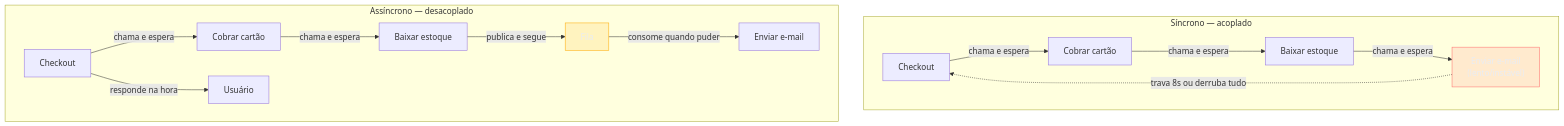
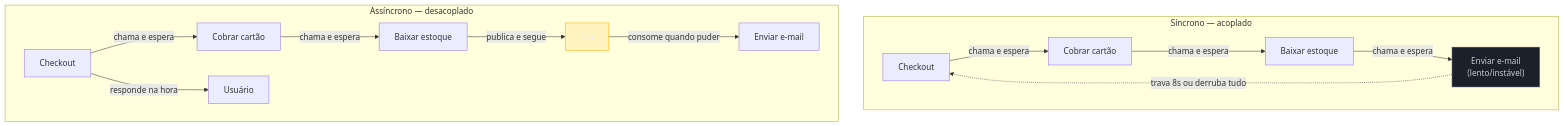
Before and after one commit to josenaldo/codex-technomanticus: the first of 3 diagrams in 03-Dominios/Engenharia/Arquitetura/System Design/2 - Building blocks/05 - Message queues e processamento assíncrono.md, drawn with Mermaid. The commit also changed other lines of this file and 601 other files, not shown here.

````diff
--- a/03-Dominios/Engenharia/Arquitetura/System Design/2 - Building blocks/05 - Message queues e processamento assíncrono.md
+++ b/03-Dominios/Engenharia/Arquitetura/System Design/2 - Building blocks/05 - Message queues e processamento assíncrono.md
@@ -32,20 +32,20 @@
 ```mermaid
 graph TD
-    classDef falha fill:#FF6B6B24,stroke:#FF6B6B,color:#E9ECF2
+    classDef neutro fill:#1B2029,stroke:#4E5666,color:#C6CCD8
     classDef destaque fill:#FFAA0024,stroke:#FFAA00,color:#E9ECF2
     subgraph SYNC["Síncrono — acoplado"]
         C1["Checkout"] -->|"chama e espera"| P1["Cobrar cartão"]
         P1 -->|"chama e espera"| P2["Baixar estoque"]
         P2 -->|"chama e espera"| P3["Enviar e-mail<br/>(lento/instável)"]
         P3 -.->|"trava 8s ou derruba tudo"| C1
     end
     subgraph ASYNC["Assíncrono — desacoplado"]
         C2["Checkout"] -->|"chama e espera"| Q1["Cobrar cartão"]
         Q1 -->|"chama e espera"| Q2["Baixar estoque"]
         Q2 -->|"publica e segue"| MQ["Fila"]
         C2 -->|"responde na hora"| U["Usuário"]
         MQ -->|"consome quando puder"| Q3["Enviar e-mail"]
     end
-    class P3 falha
+    class P3 neutro
     class MQ destaque
 ```
````
